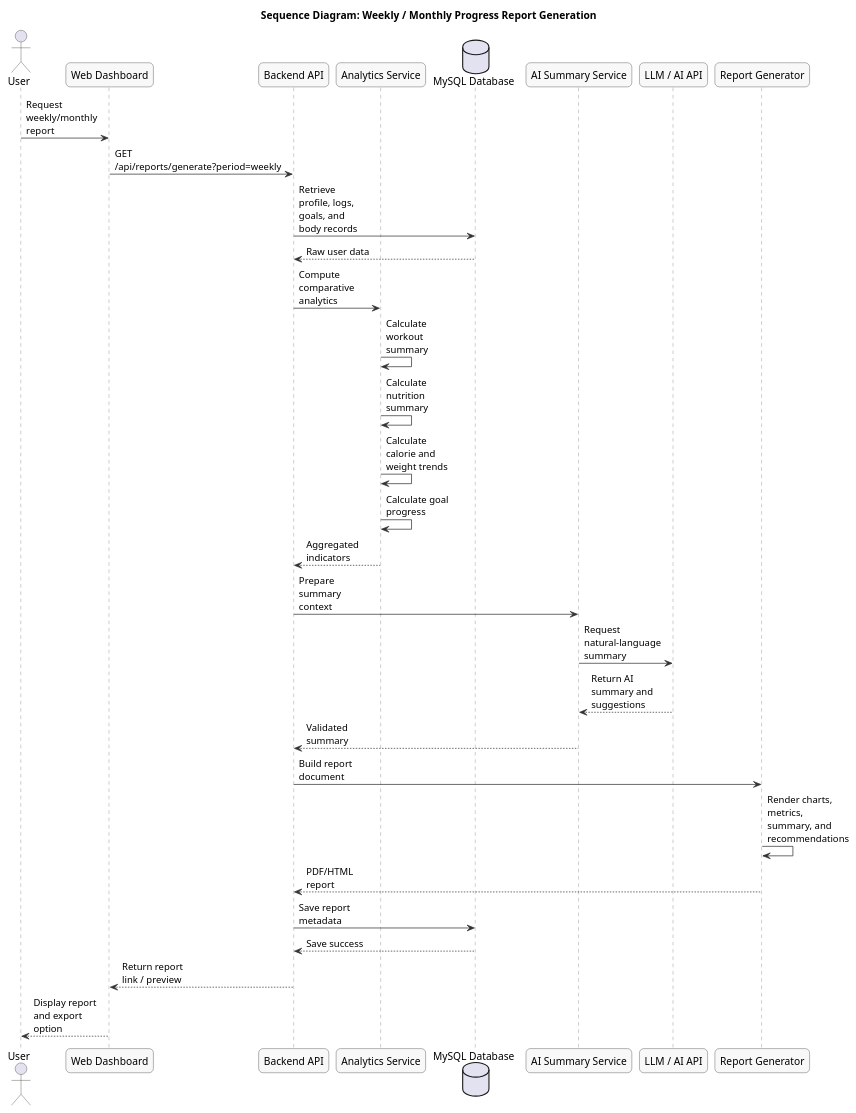
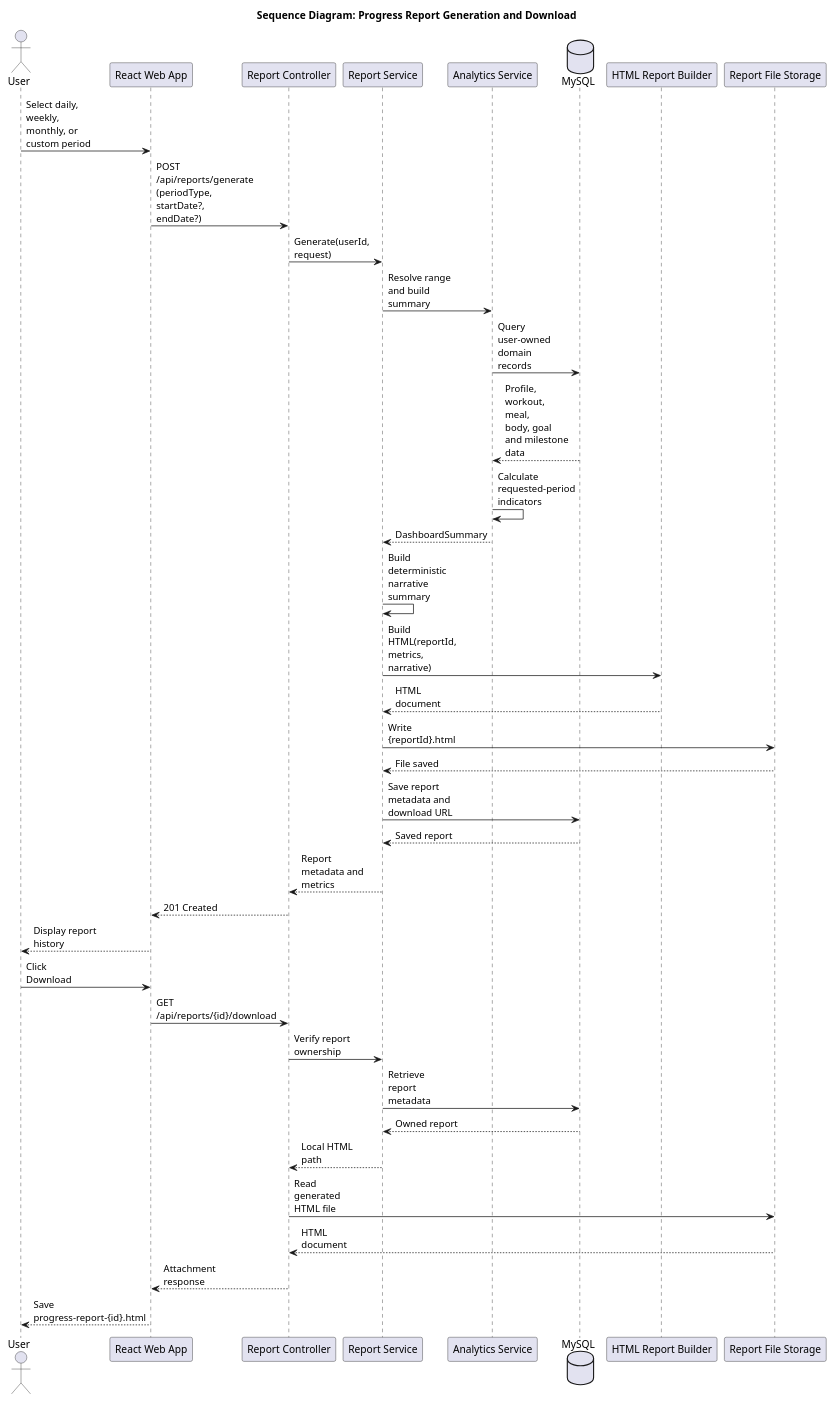
One commit to liyida233/AI-Nurtriion changed the diagram in docs/UML/06_report_generation_sequence.puml. Above: the diagram before and after it, drawn with PlantUML. The commit also changed 192 other files, not shown here.

```diff
--- a/docs/UML/06_report_generation_sequence.puml
+++ b/docs/UML/06_report_generation_sequence.puml
@@ -1,49 +1,46 @@
 @startuml
-title Sequence Diagram: Weekly / Monthly Progress Report Generation
+title Sequence Diagram: Progress Report Generation and Download
 
 skinparam backgroundColor white
-skinparam sequence {
-    ArrowColor #333333
-    ActorBorderColor #333333
-    LifeLineBorderColor #777777
-    LifeLineBackgroundColor #FFFFFF
-    ParticipantBorderColor #333333
-    ParticipantBackgroundColor #F8F8F8
-}
 skinparam shadowing false
-skinparam roundcorner 12
 skinparam maxMessageSize 90
 
 actor User
-participant "Web Dashboard" as Frontend
-participant "Backend API" as Backend
+participant "React Web App" as Frontend
+participant "Report Controller" as Controller
+participant "Report Service" as Service
 participant "Analytics Service" as Analytics
-database "MySQL Database" as DB
-participant "AI Summary Service" as AISummary
-participant "LLM / AI API" as LLM
-participant "Report Generator" as ReportGen
+database "MySQL" as DB
+participant "HTML Report Builder" as Builder
+participant "Report File Storage" as Files
 
-User -> Frontend: Request weekly/monthly report
-Frontend -> Backend: GET /api/reports/generate?period=weekly
-Backend -> DB: Retrieve profile, logs,\ngoals, and body records
-DB --> Backend: Raw user data
-Backend -> Analytics: Compute comparative analytics
-Analytics -> Analytics: Calculate workout summary
-Analytics -> Analytics: Calculate nutrition summary
-Analytics -> Analytics: Calculate calorie and weight trends
-Analytics -> Analytics: Calculate goal progress
-Analytics --> Backend: Aggregated indicators
+User -> Frontend: Select daily, weekly,\nmonthly, or custom period
+Frontend -> Controller: POST /api/reports/generate\n(periodType, startDate?, endDate?)
+Controller -> Service: Generate(userId, request)
+Service -> Analytics: Resolve range and build summary
+Analytics -> DB: Query user-owned domain records
+DB --> Analytics: Profile, workout, meal,\nbody, goal and milestone data
+Analytics -> Analytics: Calculate requested-period indicators
+Analytics --> Service: DashboardSummary
+Service -> Service: Build deterministic narrative summary
+Service -> Builder: Build HTML(reportId, metrics, narrative)
+Builder --> Service: HTML document
+Service -> Files: Write {reportId}.html
+Files --> Service: File saved
+Service -> DB: Save report metadata and download URL
+DB --> Service: Saved report
+Service --> Controller: Report metadata and metrics
+Controller --> Frontend: 201 Created
+Frontend --> User: Display report history
 
-Backend -> AISummary: Prepare summary context
-AISummary -> LLM: Request natural-language summary
-LLM --> AISummary: Return AI summary and suggestions
-AISummary --> Backend: Validated summary
-
-Backend -> ReportGen: Build report document
-ReportGen -> ReportGen: Render charts, metrics,\nsummary, and recommendations
-ReportGen --> Backend: PDF/HTML report
-Backend -> DB: Save report metadata
-DB --> Backend: Save success
-Backend --> Frontend: Return report link / preview
-Frontend --> User: Display report and export option
+User -> Frontend: Click Download
+Frontend -> Controller: GET /api/reports/{id}/download
+Controller -> Service: Verify report ownership
+Service -> DB: Retrieve report metadata
+DB --> Service: Owned report
+Service --> Controller: Local HTML path
+Controller -> Files: Read generated HTML file
+Files --> Controller: HTML document
+Controller --> Frontend: Attachment response
+Frontend --> User: Save progress-report-{id}.html
 @enduml
```
